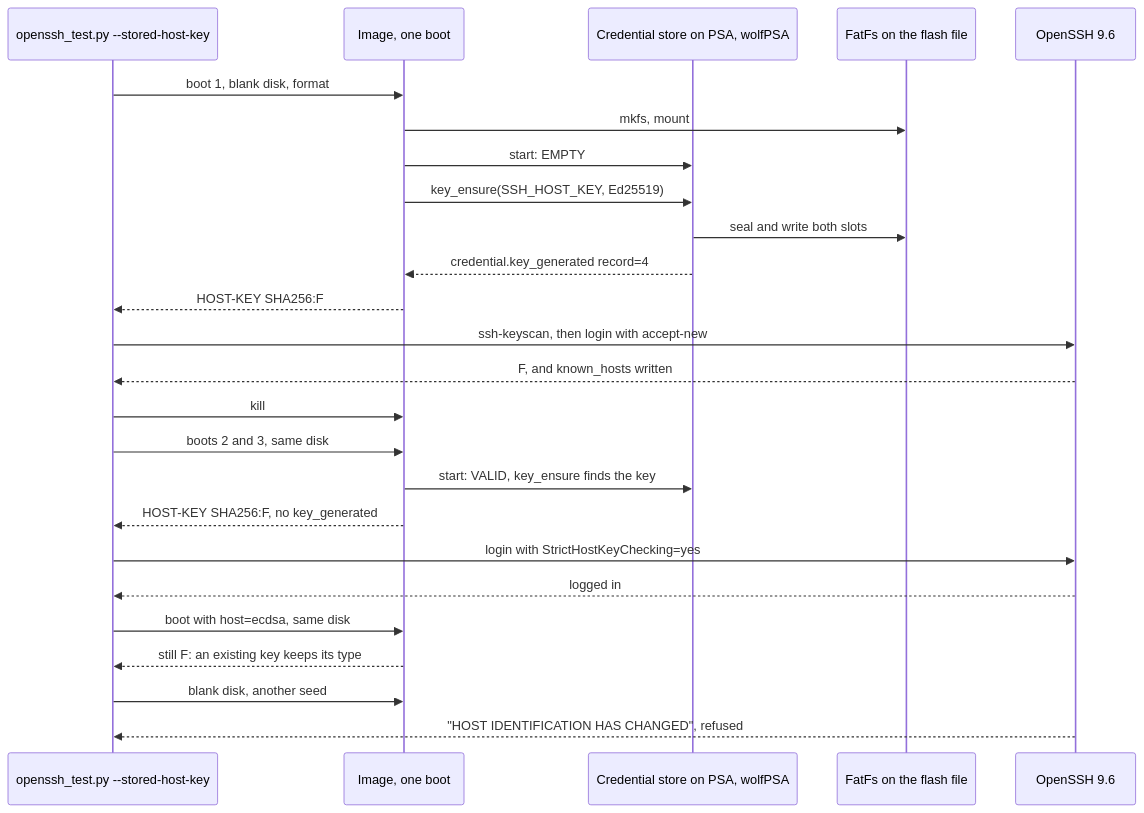
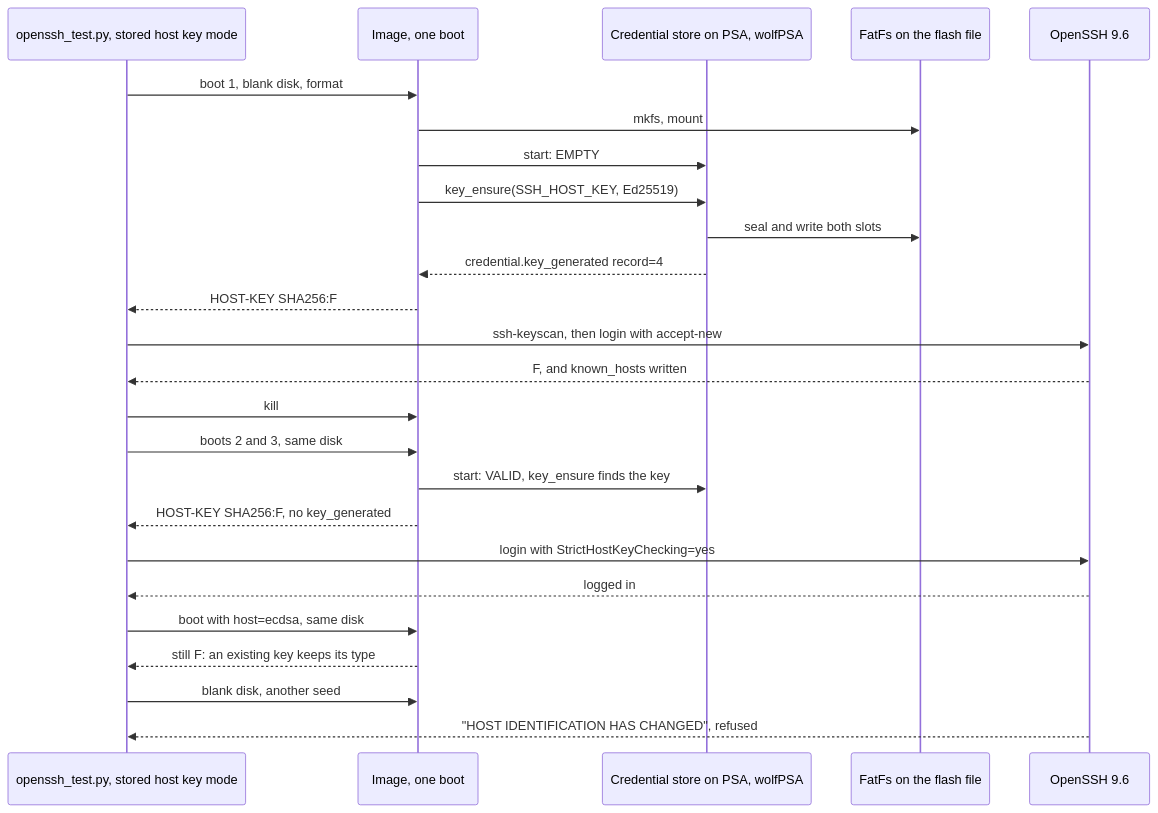
Before and after one commit to wonny-labs/crux-pilot: the fourth of 4 diagrams in docs/ssh-wolf-provider.md, drawn with Mermaid.

Commit message:
docs(ssh): keep a Mermaid alias free of dashes (#192)

````diff
--- a/docs/ssh-wolf-provider.md
+++ b/docs/ssh-wolf-provider.md
@@ -234,27 +234,27 @@
 ```mermaid
 sequenceDiagram
-    participant T as openssh_test.py --stored-host-key
+    participant T as openssh_test.py, stored host key mode
     participant I as Image, one boot
     participant S as Credential store on PSA, wolfPSA
     participant D as FatFs on the flash file
     participant O as OpenSSH 9.6
     T->>I: boot 1, blank disk, format
     I->>D: mkfs, mount
     I->>S: start: EMPTY
     I->>S: key_ensure(SSH_HOST_KEY, Ed25519)
     S->>D: seal and write both slots
     S-->>I: credential.key_generated record=4
     I-->>T: HOST-KEY SHA256:F
     T->>O: ssh-keyscan, then login with accept-new
     O-->>T: F, and known_hosts written
     T->>I: kill
     T->>I: boots 2 and 3, same disk
     I->>S: start: VALID, key_ensure finds the key
     I-->>T: HOST-KEY SHA256:F, no key_generated
     T->>O: login with StrictHostKeyChecking=yes
     O-->>T: logged in
     T->>I: boot with host=ecdsa, same disk
     I-->>T: still F: an existing key keeps its type
     T->>I: blank disk, another seed
     O-->>T: "HOST IDENTIFICATION HAS CHANGED", refused
 ```
````
